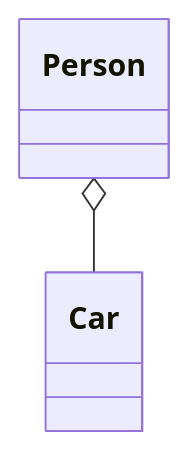
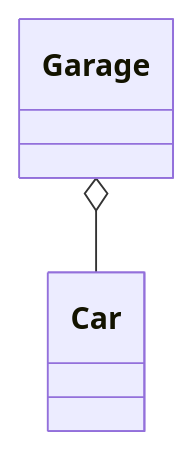
One commit to NM-TAFE/civ-ipriot-in-class-demos changed the third of 4 diagrams in week12/lesson-four-pillars.md. Above: the diagram before and after it, drawn with Mermaid.

Commit message:
Updated aggregation example

````diff
--- a/week12/lesson-four-pillars.md
+++ b/week12/lesson-four-pillars.md
@@ -377,4 +377,4 @@
 ```mermaid
 classDiagram
-    Person o-- Car
+    Garage o-- Car
 ```
````
